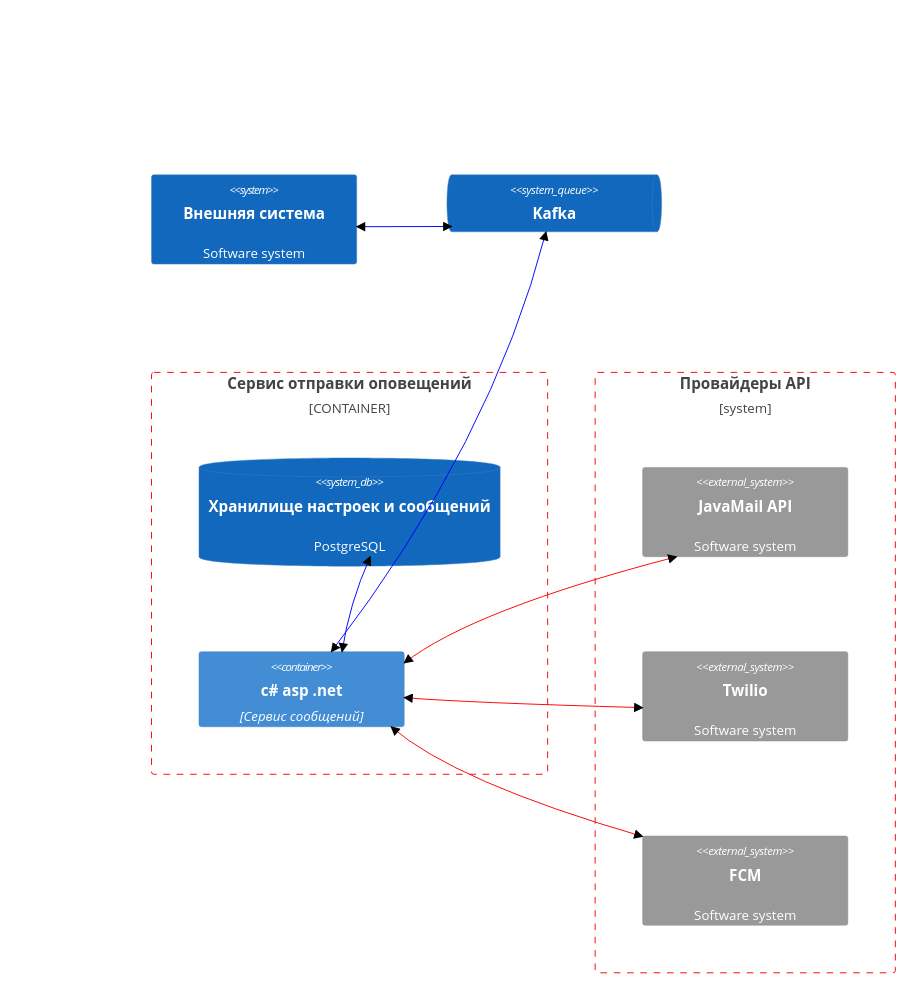
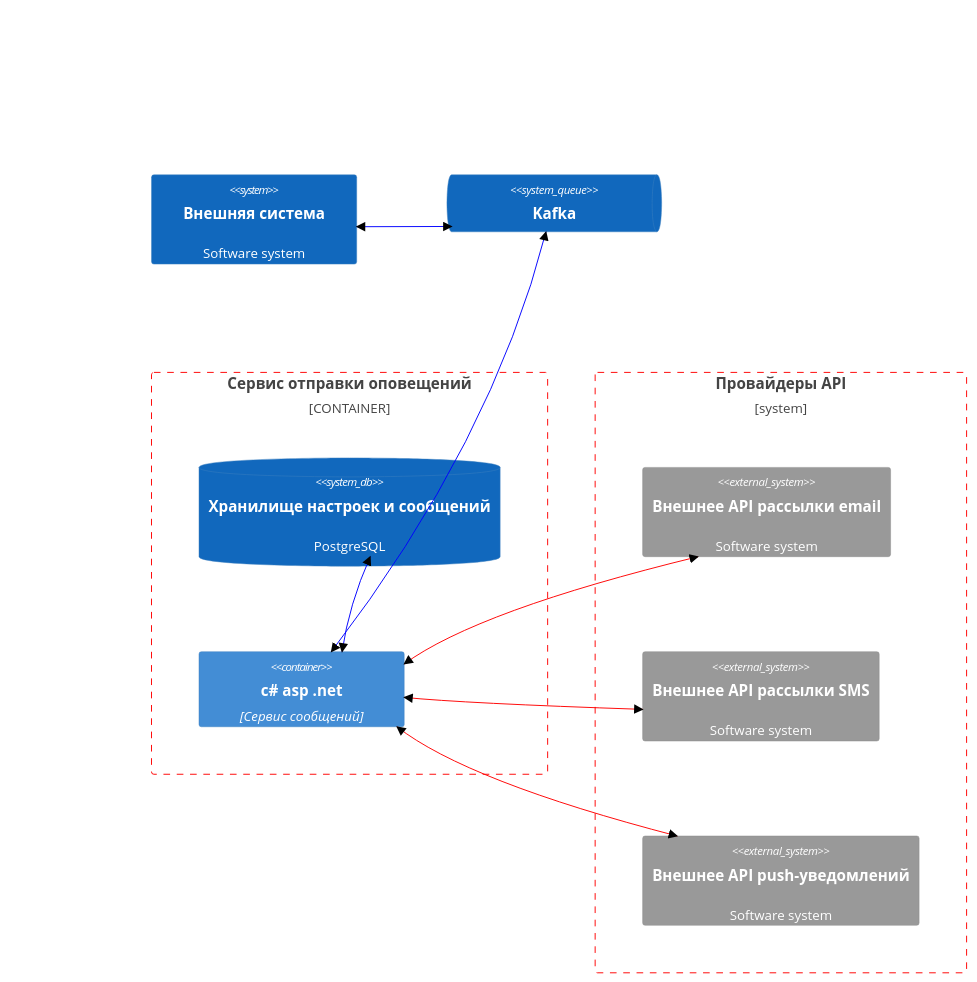
One commit to Yandex-Practicum/architect-practice-tpl changed the second of 3 diagrams in notificator/software_architecture_document.md. Above: the diagram before and after it, drawn with Mermaid (forest theme). The commit also changed other lines of this file, not shown here.

````diff
--- a/notificator/software_architecture_document.md
+++ b/notificator/software_architecture_document.md
@@ -252,40 +252,40 @@
 ```mermaid
 C4Container
 
     System(OutSystem, "Внешняя система", "Software system")
     SystemQueue(q0, "Kafka")
 
     BiRel(OutSystem, q0, "")
     UpdateRelStyle(OutSystem, q0, $lineColor="blue")
 
     Container_Boundary(b1, "Сервис отправки оповещений") {
         SystemDb(DbSystem, "Хранилище настроек и сообщений", "PostgreSQL")
         Container(IntSystem, "c# asp .net", "Сервис сообщений")
     }
 
     Boundary(b3, "Провайдеры API") {
-        System_Ext(OutMail, "JavaMail API", "Software system")
-        System_Ext(OutTwillo, "Twilio", "Software system")
-        System_Ext(OutFcm, "FCM", "Software system")
+        System_Ext(OutMail, "Внешнее API рассылки email", "Software system")
+        System_Ext(OutTwillo, "Внешнее API рассылки SMS", "Software system")
+        System_Ext(OutFcm, "Внешнее API push-уведомлений", "Software system")
     }
 
     BiRel(q0, IntSystem, "")
     BiRel(IntSystem, DbSystem, "")
 
     BiRel(IntSystem, OutMail, "")
     BiRel(IntSystem, OutTwillo, "")
     BiRel(IntSystem, OutFcm, "")
 
     UpdateRelStyle(q0, IntSystem, $lineColor="blue")
     UpdateRelStyle(IntSystem, DbSystem, $lineColor="blue")
 
     UpdateRelStyle(IntSystem, OutMail, $lineColor="red")
     UpdateRelStyle(IntSystem, OutTwillo, $lineColor="red")
     UpdateRelStyle(IntSystem, OutFcm, $lineColor="red")
 
     UpdateElementStyle(b1, $borderColor="red", $legendSprite="red")
     UpdateElementStyle(b2, $borderColor="red", $legendSprite="red")
     UpdateElementStyle(b3, $borderColor="red", $legendSprite="red")
 
     UpdateLayoutConfig($c4ShapeInRow="3", $c4BoundaryInRow="2")
 ```
````
